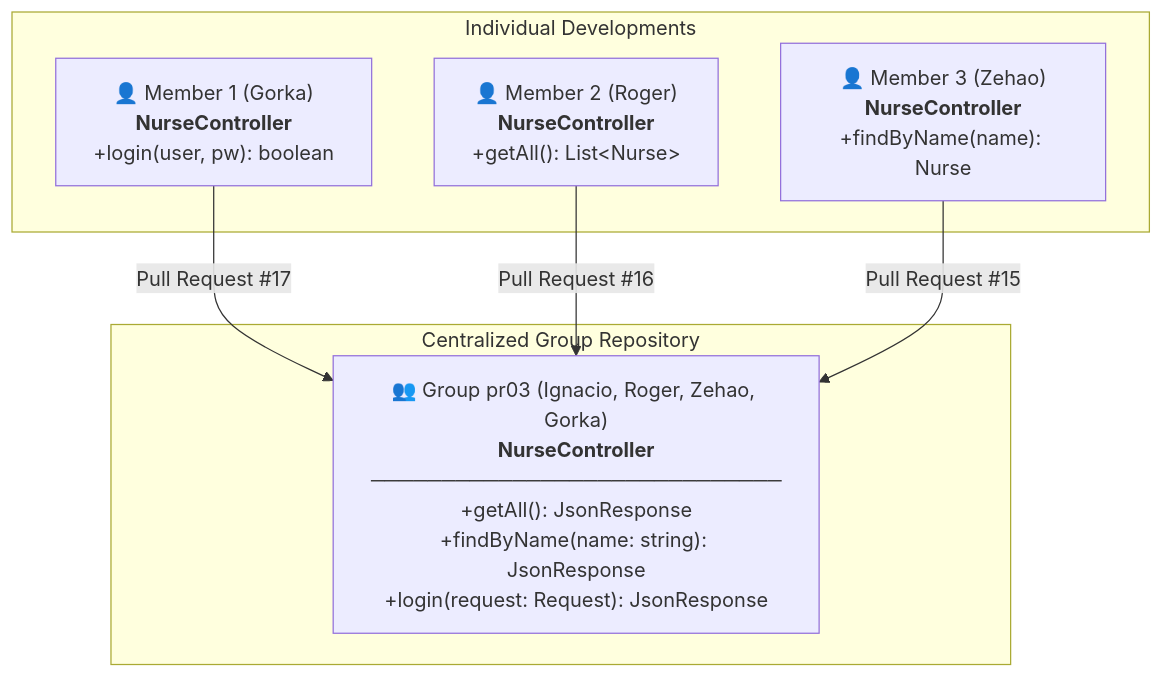
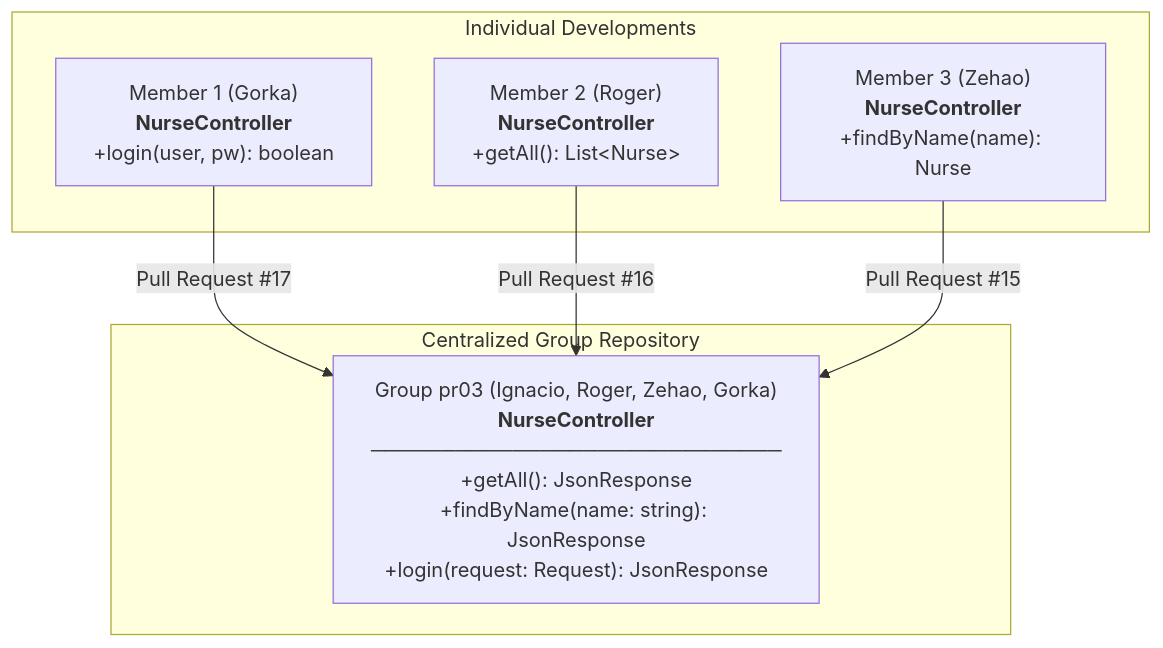
One commit to Ignaciobrenas/Nurse-Simulator changed the second of 7 diagrams in docs/general/DOCUMENTATION_EN.md. Above: the diagram before and after it, drawn with Mermaid. The commit also changed other lines of this file and 1 other file, not shown here.

````diff
--- a/docs/general/DOCUMENTATION_EN.md
+++ b/docs/general/DOCUMENTATION_EN.md
@@ -322,16 +397,16 @@
 ```mermaid
 graph TD
     subgraph Individual Developments
-        M1["👤 Member 1 (Gorka)<br><b>NurseController</b><br>+login(user, pw): boolean"]
-        M2["👤 Member 2 (Roger)<br><b>NurseController</b><br>+getAll(): List&lt;Nurse&gt;"]
-        M3["👤 Member 3 (Zehao)<br><b>NurseController</b><br>+findByName(name): Nurse"]
+        M1["Member 1 (Gorka)<br><b>NurseController</b><br>+login(user, pw): boolean"]
+        M2["Member 2 (Roger)<br><b>NurseController</b><br>+getAll(): List&lt;Nurse&gt;"]
+        M3["Member 3 (Zehao)<br><b>NurseController</b><br>+findByName(name): Nurse"]
     end
 
     subgraph Centralized Group Repository
-        GC["👥 Group pr03 (Ignacio, Roger, Zehao, Gorka)<br><b>NurseController</b><br>─────────────────────────────<br>+getAll(): JsonResponse<br>+findByName(name: string): JsonResponse<br>+login(request: Request): JsonResponse"]
+        GC["Group pr03 (Ignacio, Roger, Zehao, Gorka)<br><b>NurseController</b><br>─────────────────────────────<br>+getAll(): JsonResponse<br>+findByName(name: string): JsonResponse<br>+login(request: Request): JsonResponse"]
     end
 
     M1 -->|Pull Request #17| GC
     M2 -->|Pull Request #16| GC
     M3 -->|Pull Request #15| GC
 ```
````
